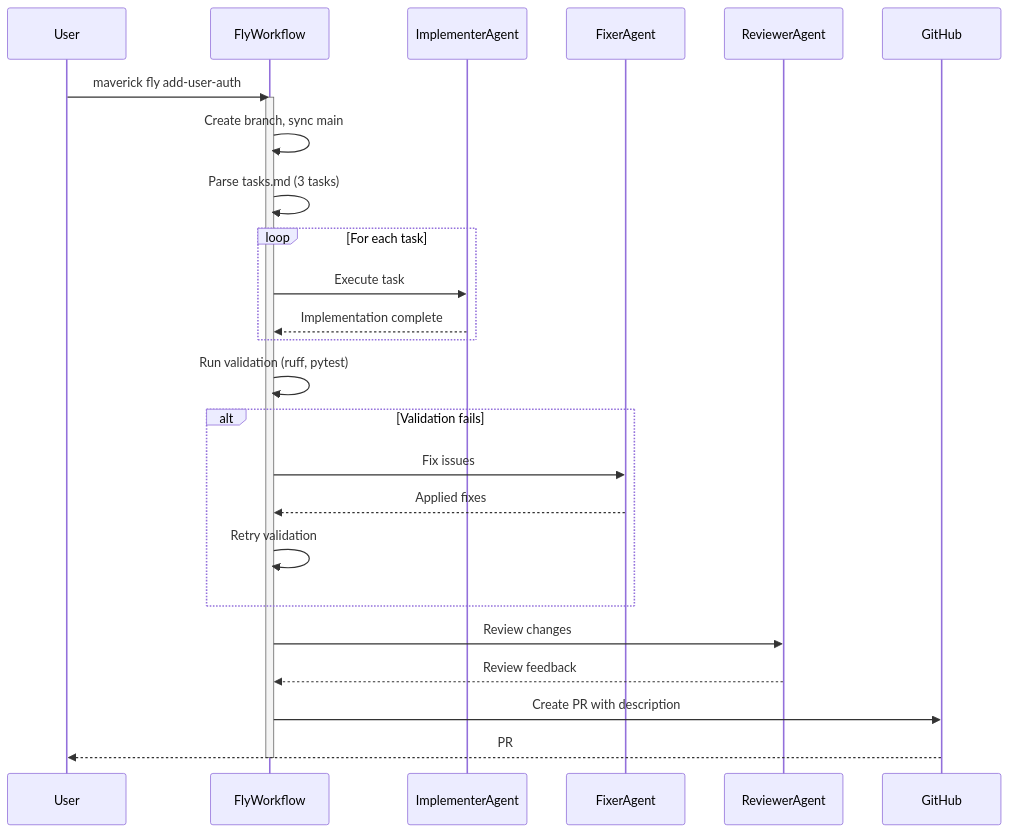
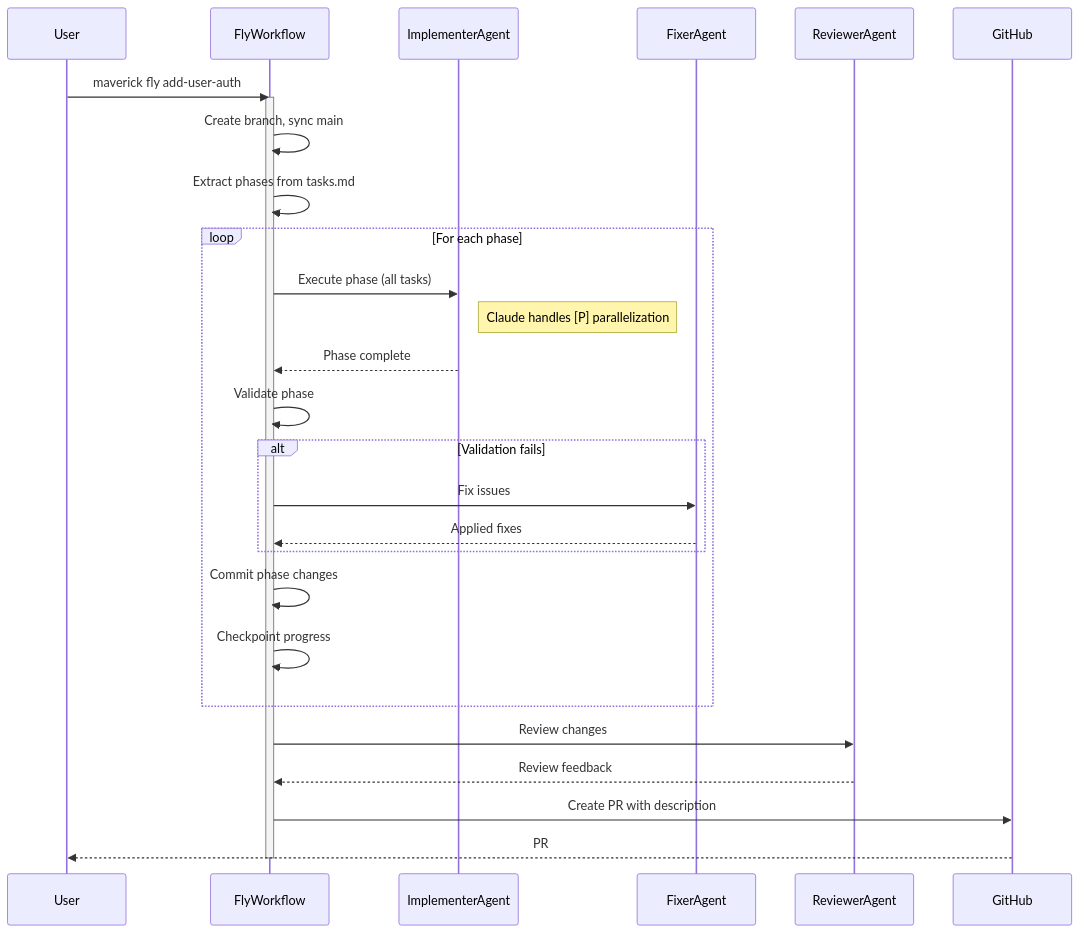
The first of 2 diagrams in docs/slidev/slides/11-end-to-end.md (get2knowio/maverick), drawn with Mermaid before and after one commit. The commit also changed other lines of this file and 6 other files, not shown here.

First line of the commit message:
Implement phase-level task execution in Fly workflow

````diff
--- a/docs/slidev/slides/11-end-to-end.md
+++ b/docs/slidev/slides/11-end-to-end.md
@@ -69,36 +69,38 @@
 ```mermaid
 sequenceDiagram
     participant User
     participant Fly as FlyWorkflow
     participant Impl as ImplementerAgent
     participant Fix as FixerAgent
     participant Rev as ReviewerAgent
     participant GH as GitHub
 
     User->>Fly: maverick fly add-user-auth
     activate Fly
 
     Fly->>Fly: Create branch, sync main
-    Fly->>Fly: Parse tasks.md (3 tasks)
+    Fly->>Fly: Extract phases from tasks.md
 
-    loop For each task
-        Fly->>Impl: Execute task
-        Impl-->>Fly: Implementation complete
-    end
+    loop For each phase
+        Fly->>Impl: Execute phase (all tasks)
+        Note right of Impl: Claude handles [P] parallelization
+        Impl-->>Fly: Phase complete
 
-    Fly->>Fly: Run validation (ruff, pytest)
+        Fly->>Fly: Validate phase
+        alt Validation fails
+            Fly->>Fix: Fix issues
+            Fix-->>Fly: Applied fixes
+        end
 
-    alt Validation fails
-        Fly->>Fix: Fix issues
-        Fix-->>Fly: Applied fixes
-        Fly->>Fly: Retry validation
+        Fly->>Fly: Commit phase changes
+        Fly->>Fly: Checkpoint progress
     end
 
     Fly->>Rev: Review changes
     Rev-->>Fly: Review feedback
 
     Fly->>GH: Create PR with description
     GH-->>User: PR #42 created
 
     deactivate Fly
 ```
````
